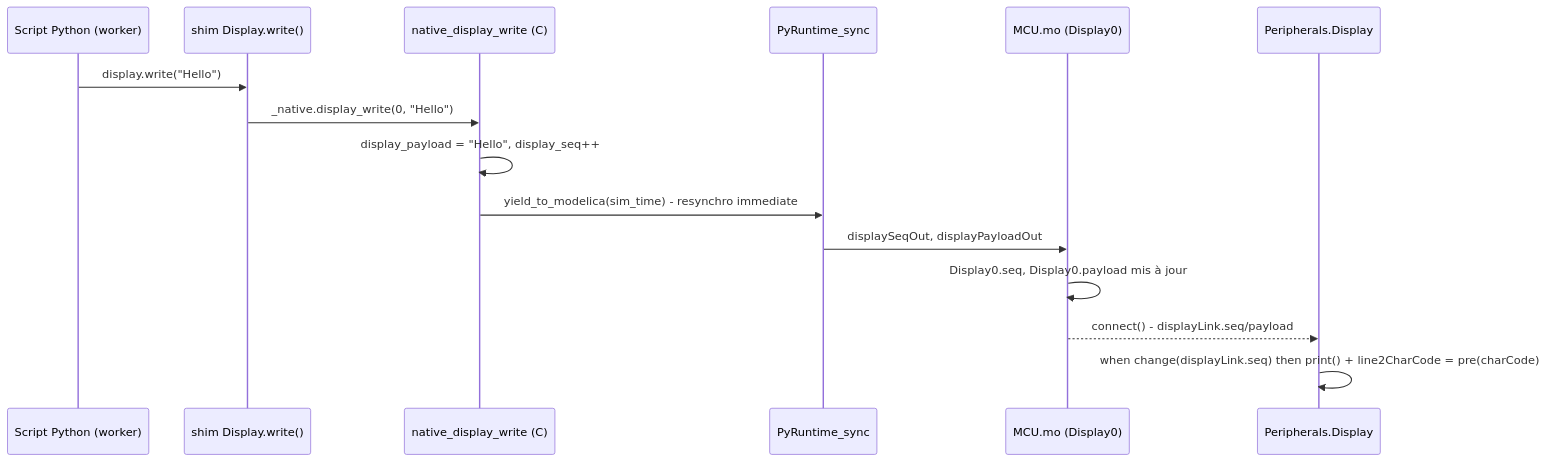
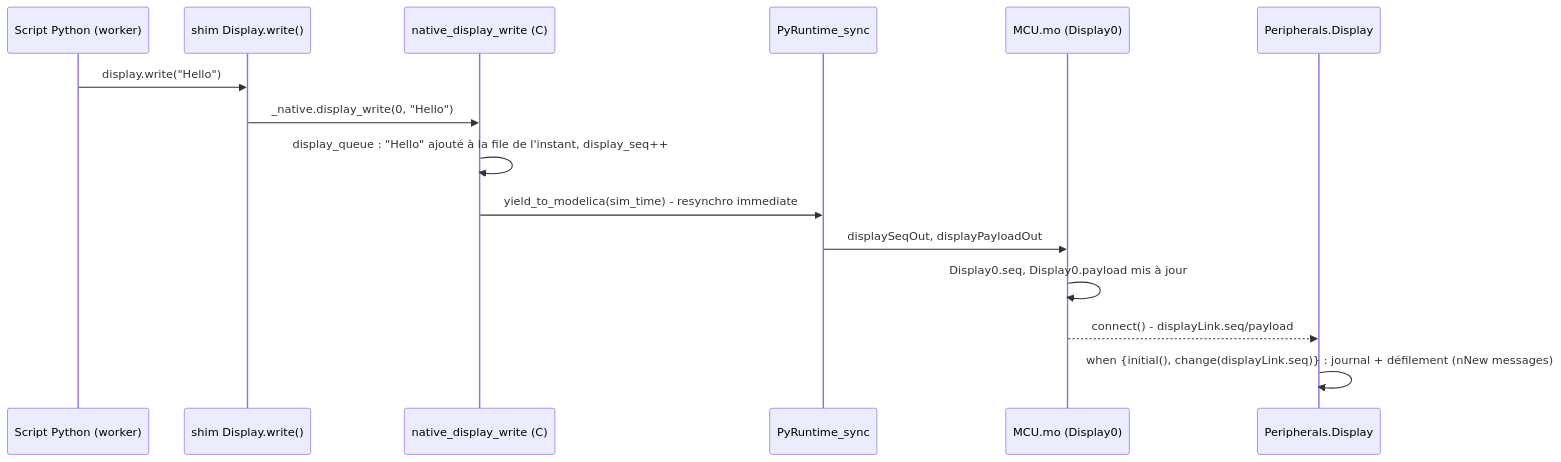
Before and after one commit to bdelaup/modelica_micropython: the second of 2 diagrams in docs/fr/interne/display.md, drawn with Mermaid. The commit also changed other lines of this file and 35 other files, not shown here.

````diff
--- a/docs/fr/interne/display.md
+++ b/docs/fr/interne/display.md
@@ -40,18 +40,18 @@
 ```mermaid
 sequenceDiagram
     participant Script as Script Python (worker)
     participant Shim as shim Display.write()
     participant Native as native_display_write (C)
     participant Sync as PyRuntime_sync
     participant MCU as MCU.mo (Display0)
     participant Disp as Peripherals.Display
 
     Script->>Shim: display.write("Hello")
     Shim->>Native: _native.display_write(0, "Hello")
-    Native->>Native: display_payload = "Hello", display_seq++
+    Native->>Native: display_queue : "Hello" ajouté à la file de l'instant, display_seq++
     Native->>Sync: yield_to_modelica(sim_time) - resynchro immediate
     Sync->>MCU: displaySeqOut, displayPayloadOut
     MCU->>MCU: Display0.seq, Display0.payload mis à jour
     MCU-->>Disp: connect() - displayLink.seq/payload
-    Disp->>Disp: when change(displayLink.seq) then print() + line2CharCode = pre(charCode)
+    Disp->>Disp: when {initial(), change(displayLink.seq)} : journal + défilement (nNew messages)
 ```
````
